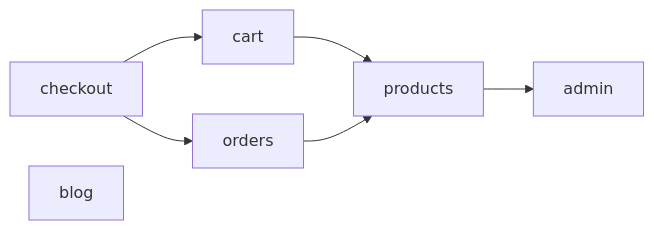
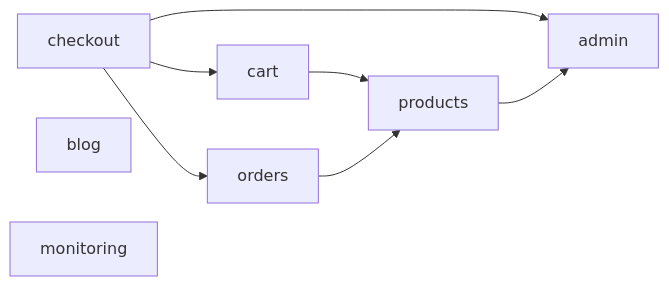
The second of 6 diagrams in docs/architecture.md (chinhpham208/next-store), drawn with Mermaid before and after one commit. The commit also changed other lines of this file and 10 other files, not shown here.

````diff
--- a/docs/architecture.md
+++ b/docs/architecture.md
@@ -40,10 +42,12 @@
 ```mermaid
 flowchart LR
   products
   cart --> products
   checkout --> cart
   checkout --> orders
+  checkout --> admin
   orders --> products
   products --> admin
   blog
+  monitoring
 ```
````
